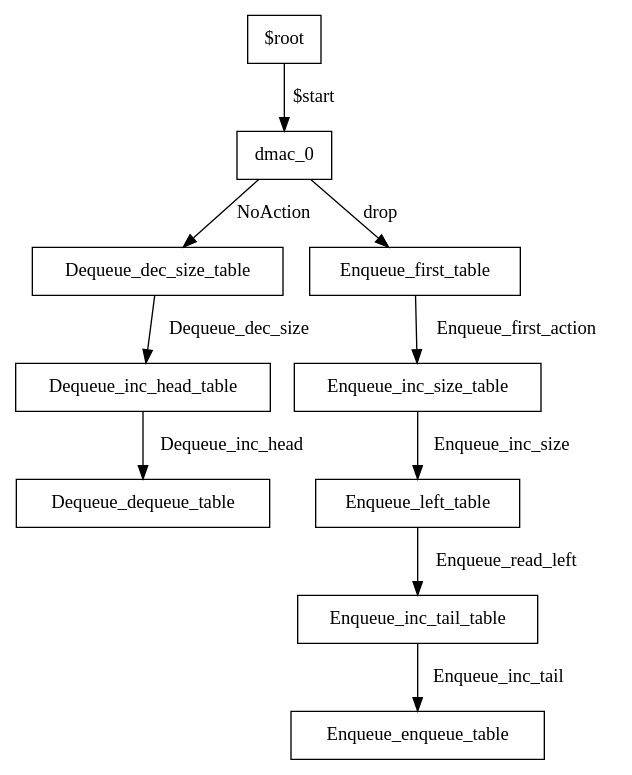
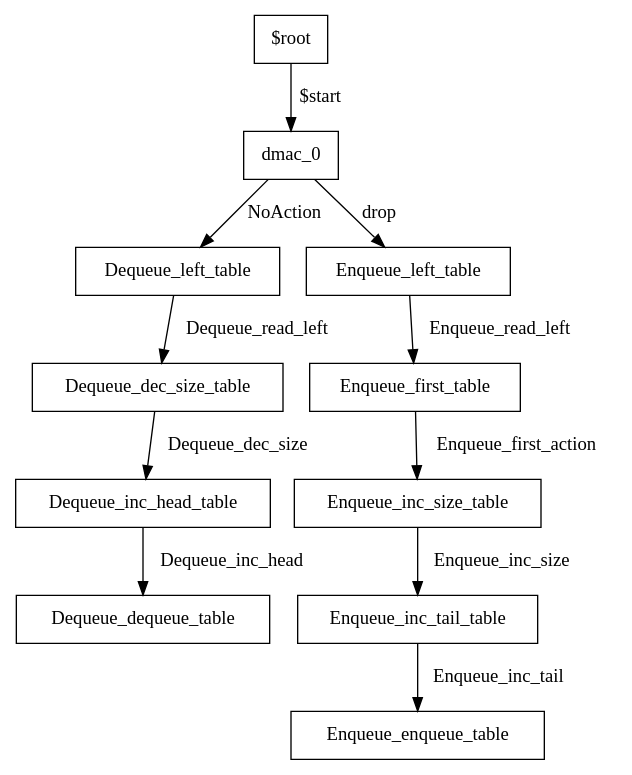
One commit to katcheng902/ring-buffer-hw changed the diagram in build/opt_buffers/tofino/pipe/graphs/ingress.power.dot. Above: the diagram before and after it, drawn with Graphviz. The commit also changed 149 other files, not shown here.

```diff
--- a/build/opt_buffers/tofino/pipe/graphs/ingress.power.dot
+++ b/build/opt_buffers/tofino/pipe/graphs/ingress.power.dot
@@ -1,21 +1,23 @@
 digraph ingress {
 0 [label="$root" shape=box color="black"];
-3 [label="Dequeue_dec_size_table" shape=box color="black"];
-9 [label="Dequeue_dequeue_table" shape=box color="black"];
-8 [label="Dequeue_inc_head_table" shape=box color="black"];
+8 [label="Dequeue_dec_size_table" shape=box color="black"];
+10 [label="Dequeue_dequeue_table" shape=box color="black"];
+9 [label="Dequeue_inc_head_table" shape=box color="black"];
+3 [label="Dequeue_left_table" shape=box color="black"];
 7 [label="Enqueue_enqueue_table" shape=box color="black"];
-2 [label="Enqueue_first_table" shape=box color="black"];
-4 [label="Enqueue_inc_size_table" shape=box color="black"];
+4 [label="Enqueue_first_table" shape=box color="black"];
+5 [label="Enqueue_inc_size_table" shape=box color="black"];
 6 [label="Enqueue_inc_tail_table" shape=box color="black"];
-5 [label="Enqueue_left_table" shape=box color="black"];
+2 [label="Enqueue_left_table" shape=box color="black"];
 1 [label="dmac_0" shape=box color="black"];
 0-> 1 [label="$start" color="black"];
-3-> 8 [label="Dequeue_dec_size" color="black"];
-8-> 9 [label="Dequeue_inc_head" color="black"];
-2-> 4 [label="Enqueue_first_action" color="black"];
-4-> 5 [label="Enqueue_inc_size" color="black"];
+8-> 9 [label="Dequeue_dec_size" color="black"];
+9-> 10 [label="Dequeue_inc_head" color="black"];
+3-> 8 [label="Dequeue_read_left" color="black"];
+4-> 5 [label="Enqueue_first_action" color="black"];
+5-> 6 [label="Enqueue_inc_size" color="black"];
 6-> 7 [label="Enqueue_inc_tail" color="black"];
-5-> 6 [label="Enqueue_read_left" color="black"];
+2-> 4 [label="Enqueue_read_left" color="black"];
 1-> 2 [label="drop" color="black"];
 1-> 3 [label="NoAction" color="black"];
 }
```
